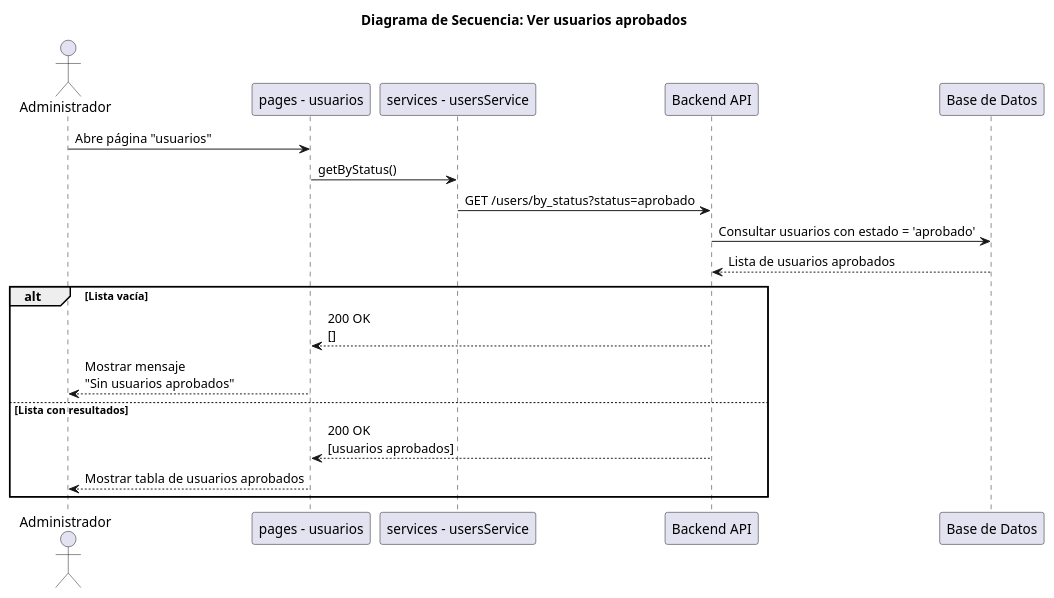
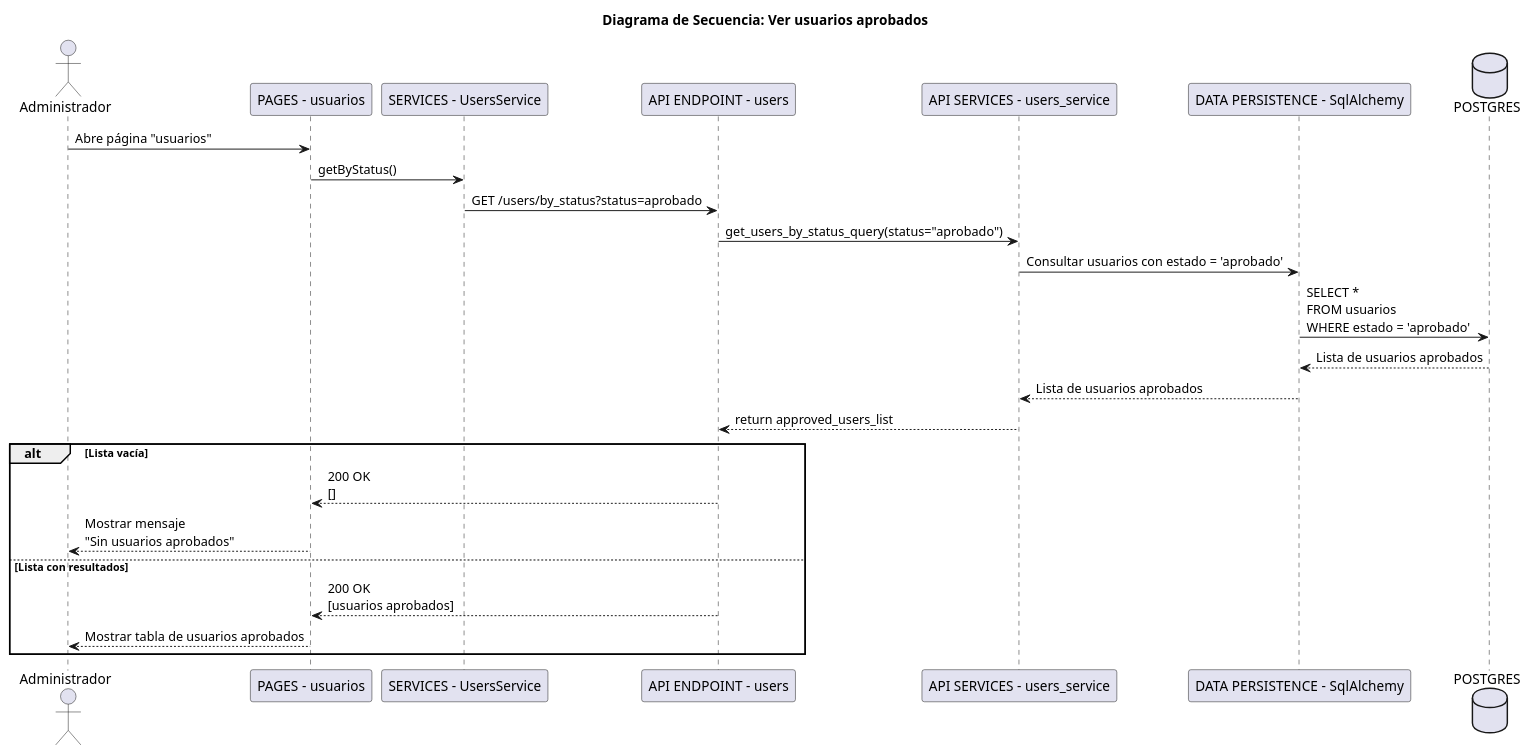
One commit to Niik4466/SolarWeb changed the diagram in docs/diagrama_secuencia/sprint2/HU_3A.wsd. Above: the diagram before and after it, drawn with PlantUML. The commit also changed 2 other files, not shown here.

Commit message:
Actualizados diagramas de las historias HU_2A.wsd HU_2U.wsd HU_3A.wsd

```diff
--- a/docs/diagrama_secuencia/sprint2/HU_3A.wsd
+++ b/docs/diagrama_secuencia/sprint2/HU_3A.wsd
@@ -1,27 +1,33 @@
 @startuml
 title Diagrama de Secuencia: Ver usuarios aprobados
 
 actor Administrador
-participant UI as "pages - usuarios"
-participant FE_Service as "services - usersService"
-participant BE as "Backend API"
-participant DB as "Base de Datos"
+participant UI as "PAGES - usuarios"
+participant FE_Service as "SERVICES - UsersService"
+participant ENDPOINT as "API ENDPOINT - users"
+participant SERVICE as "API SERVICES - users_service"
+participant SQL as "DATA PERSISTENCE - SqlAlchemy"
+database DB as "POSTGRES"
 
 Administrador -> UI : Abre página "usuarios"
 
 UI -> FE_Service : getByStatus()
 
-FE_Service -> BE : GET /users/by_status?status=aprobado
+FE_Service -> ENDPOINT : GET /users/by_status?status=aprobado
 
-BE -> DB : Consultar usuarios con estado = 'aprobado'
-DB --> BE : Lista de usuarios aprobados
+ENDPOINT -> SERVICE : get_users_by_status_query(status="aprobado")
+SERVICE -> SQL : Consultar usuarios con estado = 'aprobado'
+SQL -> DB : SELECT * \nFROM usuarios \nWHERE estado = 'aprobado'
+DB --> SQL : Lista de usuarios aprobados
+SQL --> SERVICE : Lista de usuarios aprobados
+SERVICE --> ENDPOINT : return approved_users_list
 
 alt Lista vacía
-    BE --> UI : 200 OK\n[]
+    ENDPOINT --> UI : 200 OK\n[]
     UI --> Administrador : Mostrar mensaje\n"Sin usuarios aprobados"
 else Lista con resultados
-    BE --> UI : 200 OK\n[usuarios aprobados]
+    ENDPOINT --> UI : 200 OK\n[usuarios aprobados]
     UI --> Administrador : Mostrar tabla de usuarios aprobados
 end
 
 @enduml
```
